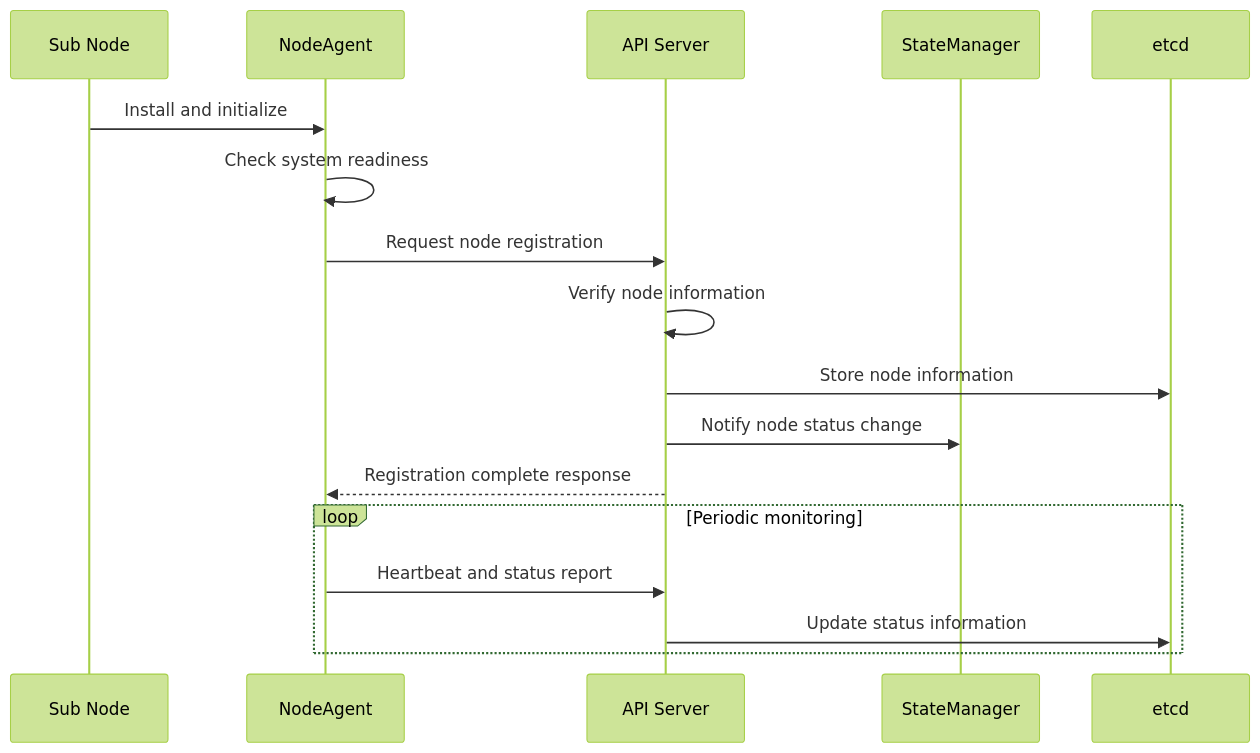
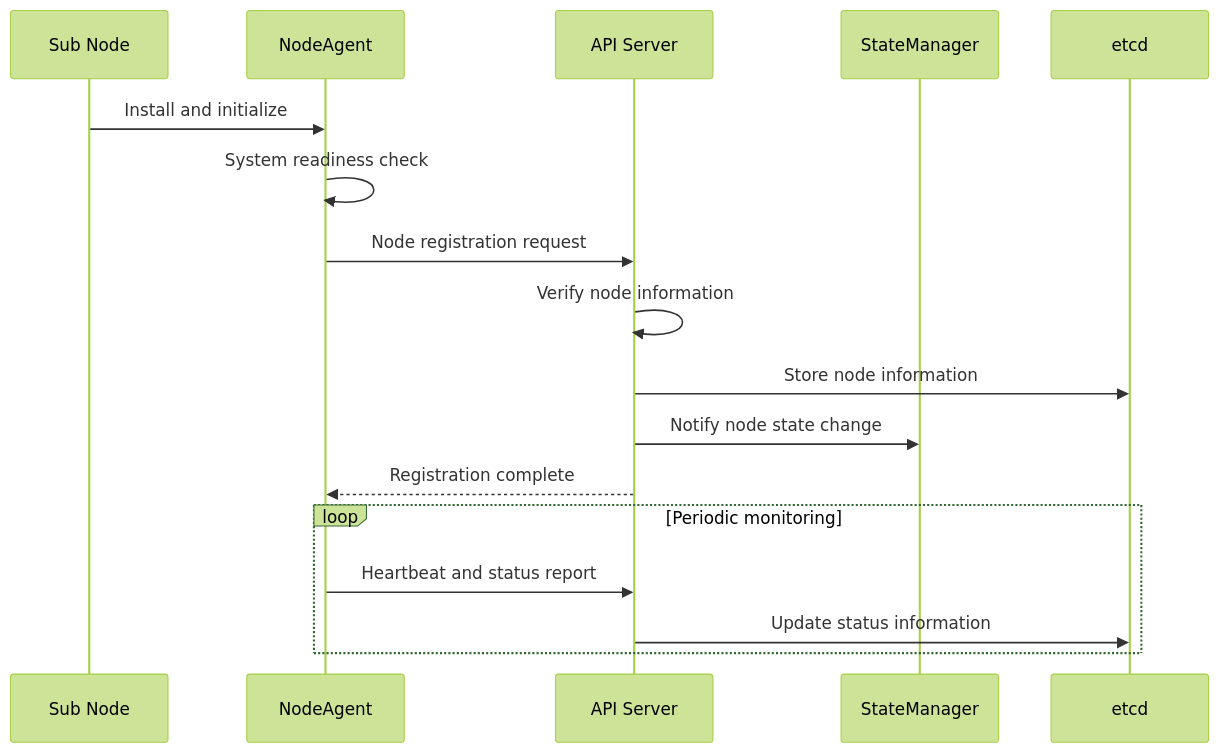
One commit to youngtaekiim/pullpiri changed the second of 3 diagrams in doc/architecture/EN/2.HLD/base/piccolo_clustering.md. Above: the diagram before and after it, drawn with Mermaid (forest theme). The commit also changed other lines of this file and 3 other files, not shown here.

````diff
--- a/doc/architecture/EN/2.HLD/base/piccolo_clustering.md
+++ b/doc/architecture/EN/2.HLD/base/piccolo_clustering.md
@@ -161,20 +157,20 @@
 ```mermaid
 sequenceDiagram
     participant SN as Sub Node
     participant NA as NodeAgent
     participant AS as API Server
     participant SM as StateManager
     participant ET as etcd
     
     SN->>NA: Install and initialize
-    NA->>NA: Check system readiness
-    NA->>AS: Request node registration
+    NA->>NA: System readiness check
+    NA->>AS: Node registration request
     AS->>AS: Verify node information
     AS->>ET: Store node information
-    AS->>SM: Notify node status change
-    AS-->>NA: Registration complete response
+    AS->>SM: Notify node state change
+    AS-->>NA: Registration complete
     loop Periodic monitoring
         NA->>AS: Heartbeat and status report
         AS->>ET: Update status information
     end
 ```
````
